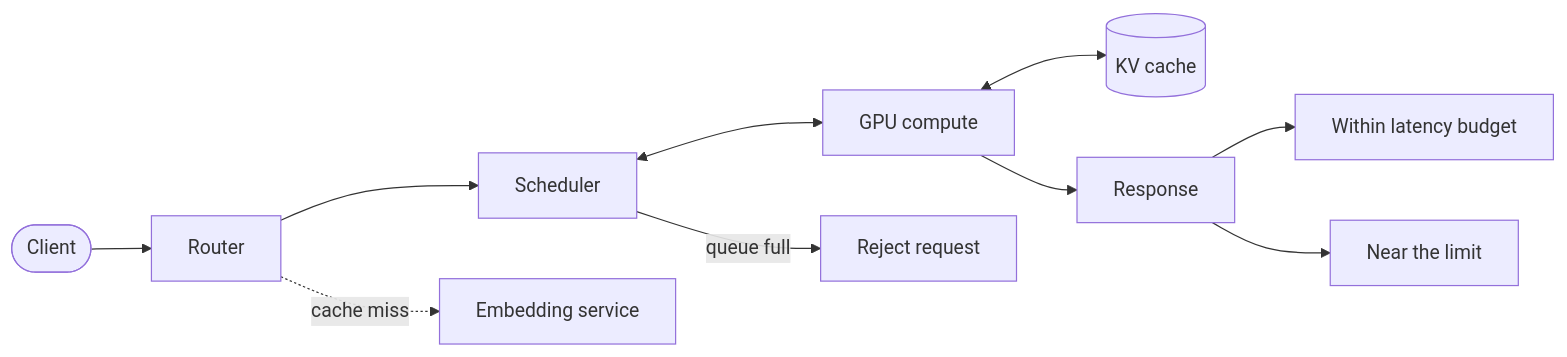
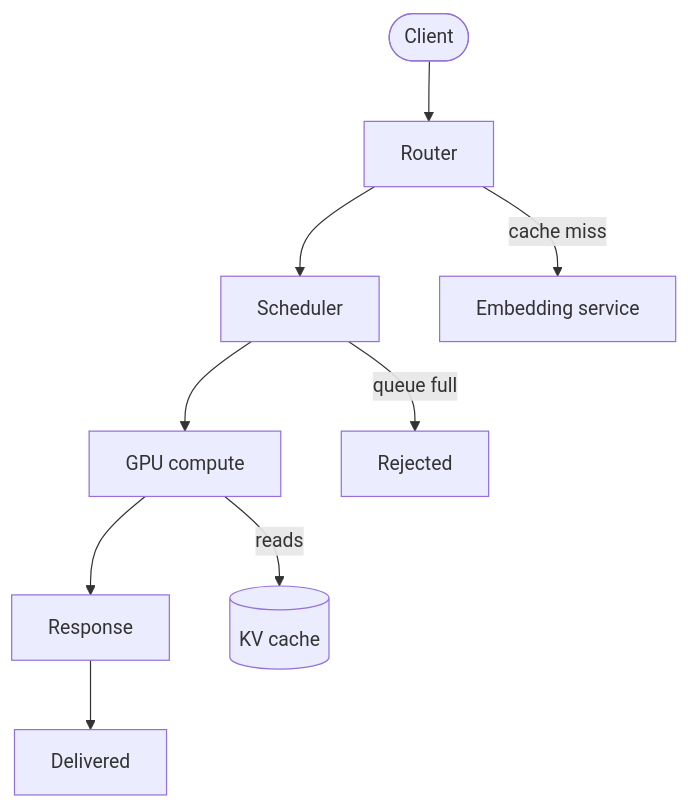
Before and after one commit to ningsuhen/ningsuhen.github.io: the diagram in public/design-system/mermaid/examples/request-flow.mmd, drawn with Mermaid. The commit also changed 9 other files, not shown here.

Commit message:
design-system mermaid: intrinsic 14px text, solid status style, cleaner example, legend

```diff
--- a/public/design-system/mermaid/examples/request-flow.mmd
+++ b/public/design-system/mermaid/examples/request-flow.mmd
@@ -1,19 +1,17 @@
-flowchart LR
+flowchart TB
   C([Client]) --> R[Router]
   R --> S[Scheduler]
-  S <--> G[GPU compute]
-  G <--> K[(KV cache)]
+  S --> G[GPU compute]
   G --> O[Response]
-  R -. cache miss .-> E[Embedding service]
-  S -->|queue full| Q[Reject request]
-  O --> OK[Within latency budget]
-  O --> SLOW[Near the limit]
+  O --> OK[Delivered]
+  R -->|cache miss| E[Embedding service]
+  S -->|queue full| Q[Rejected]
+  G -->|reads| K[(KV cache)]
   class C actor
   class R,S control
   class G compute
   class K memory
   class O data
   class E external
   class OK good
-  class SLOW warn
   class Q bad
```
